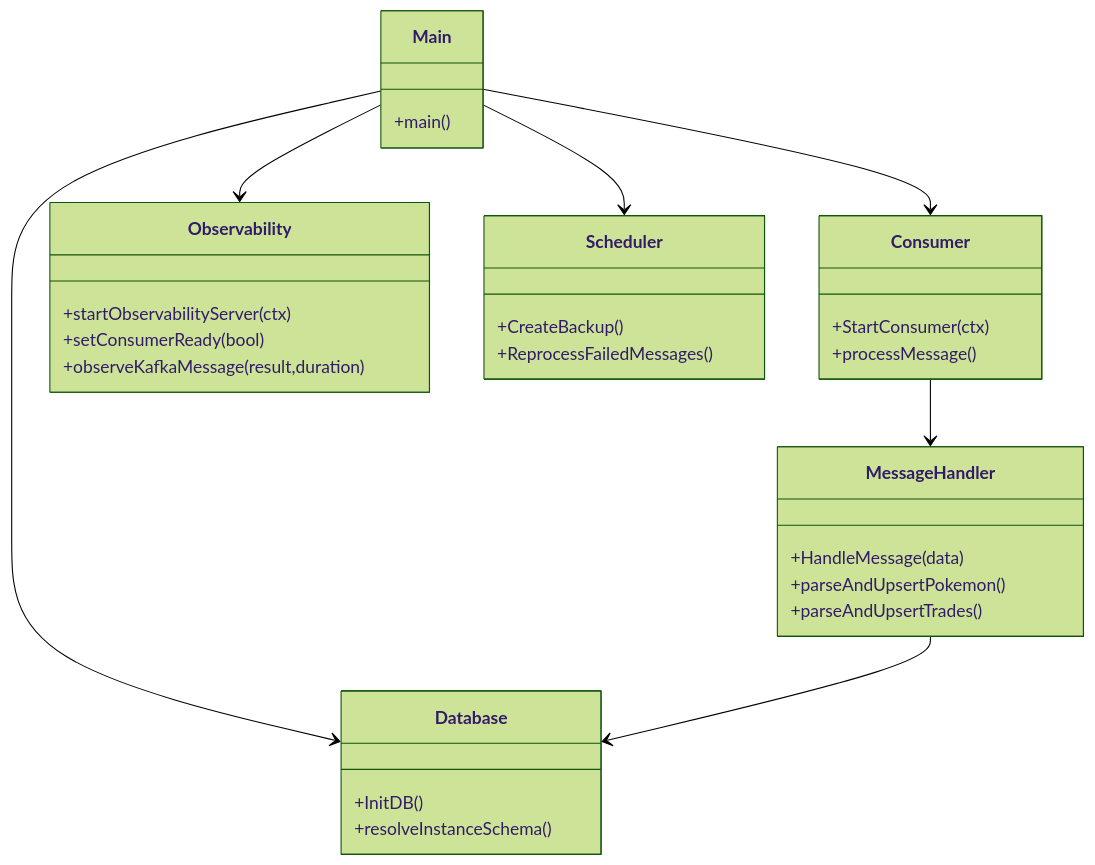
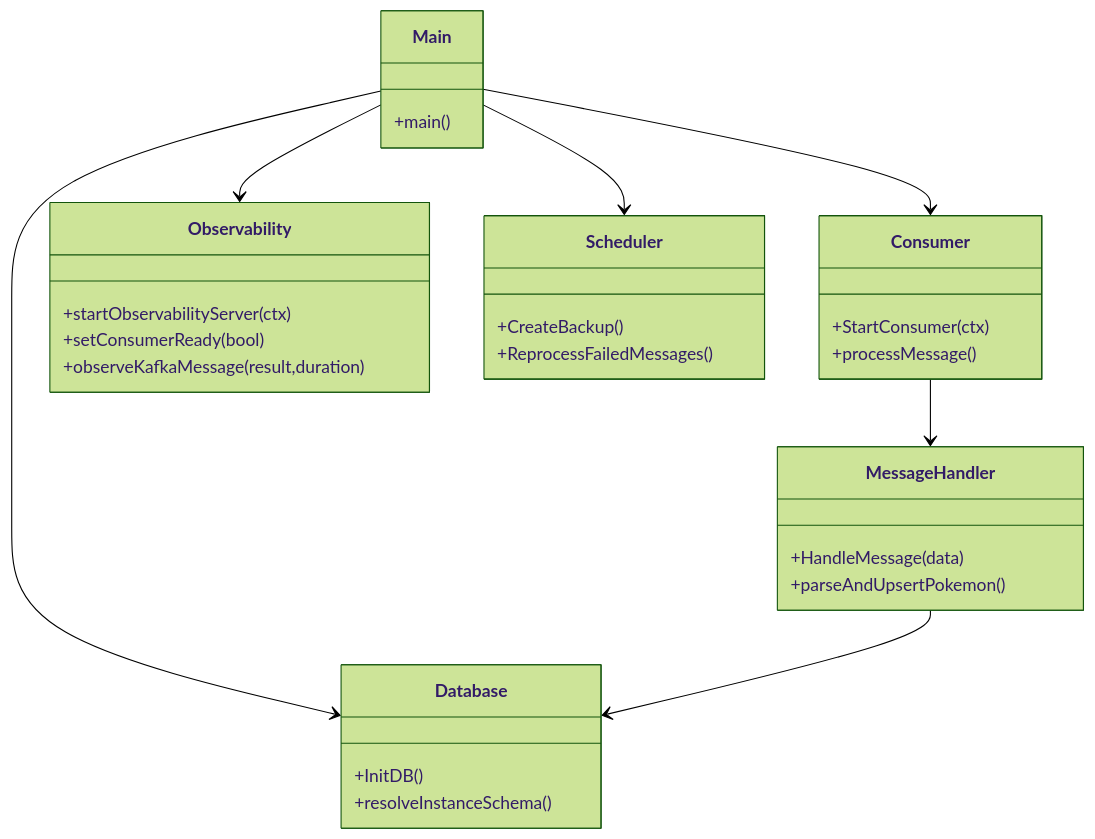
One commit to AdamWentworth/Go changed the fourth of 6 diagrams in storage/README.md. Above: the diagram before and after it, drawn with Mermaid (forest theme). The commit also changed other lines of this file and 18 other files, not shown here.

````diff
--- a/storage/README.md
+++ b/storage/README.md
@@ -84,40 +83,39 @@
 ```mermaid
 classDiagram
   class Main {
     +main()
   }
 
   class Consumer {
     +StartConsumer(ctx)
     +processMessage()
   }
 
   class MessageHandler {
     +HandleMessage(data)
     +parseAndUpsertPokemon()
-    +parseAndUpsertTrades()
   }
 
   class Database {
     +InitDB()
     +resolveInstanceSchema()
   }
 
   class Observability {
     +startObservabilityServer(ctx)
     +setConsumerReady(bool)
     +observeKafkaMessage(result,duration)
   }
 
   class Scheduler {
     +CreateBackup()
     +ReprocessFailedMessages()
   }
 
   Main --> Database
   Main --> Observability
   Main --> Consumer
   Main --> Scheduler
   Consumer --> MessageHandler
   MessageHandler --> Database
 ```
````
